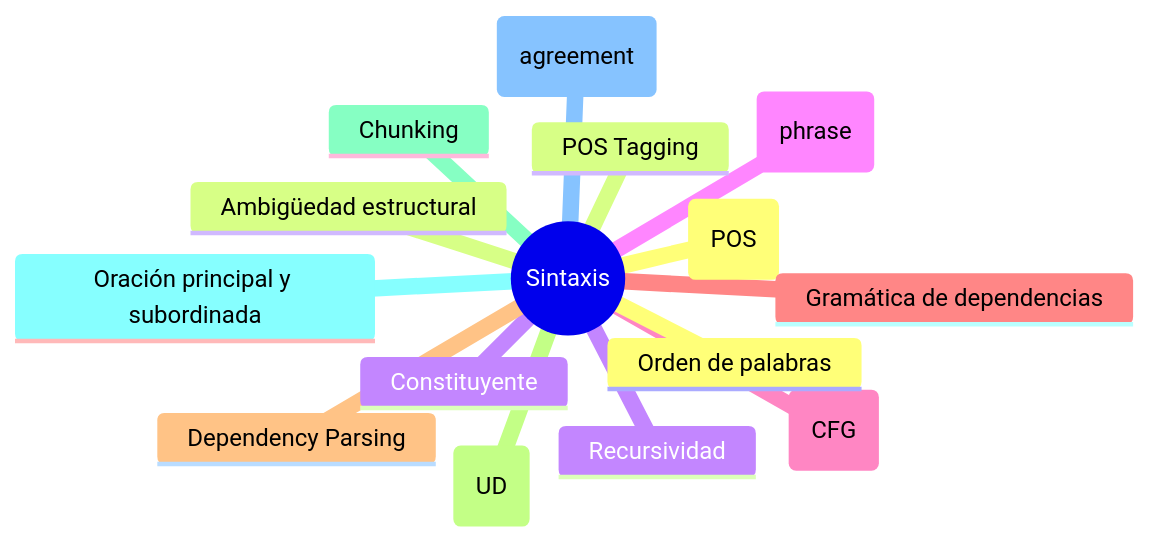
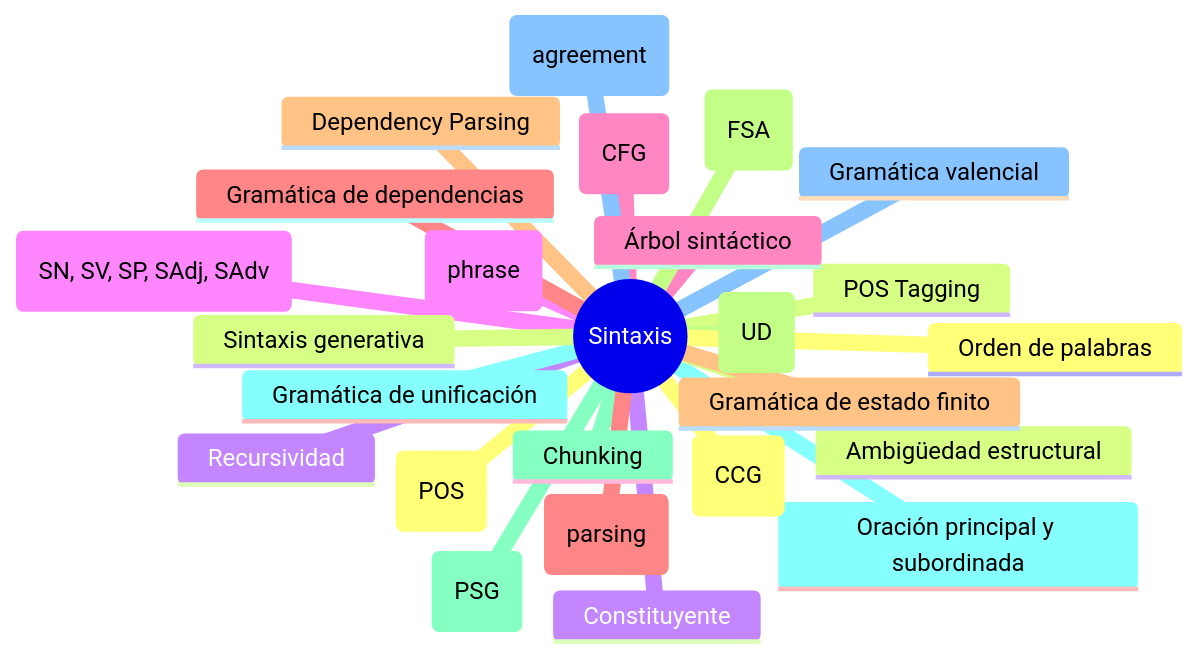
The fifth of 27 diagrams in src/src/data/blog/2026/04/es/glosario-linguistica-nlp.mdx (rgglez/rgglez-website), drawn with Mermaid before and after one commit. The commit also changed other lines of this file and 25 other files, not shown here.

Commit message:
Mermaid improvements

````diff
--- a/src/src/data/blog/2026/04/es/glosario-linguistica-nlp.mdx
+++ b/src/src/data/blog/2026/04/es/glosario-linguistica-nlp.mdx
@@ -487,18 +566,28 @@
 ```mermaid
 mindmap
   root((Sintaxis))
     Categoría gramatical (POS)
     POS Tagging
     Constituyente
     Sintagma (phrase)
     Gramática libre de contexto (CFG)
     Gramática de dependencias
     Dependency Parsing
     Universal Dependencies (UD)
     Chunking
     Oración principal y subordinada
     Concordancia (agreement)
     Orden de palabras
     Ambigüedad estructural
     Recursividad
+    Tipos de sintagmas (SN, SV, SP, SAdj, SAdv)
+    Árbol sintáctico
+    Análisis sintáctico (parsing)
+    Gramática de estado finito
+    Máquina de estado finito (FSA)
+    Gramática de estructura sintagmática (PSG)
+    Gramática de unificación
+    Gramática valencial
+    Gramática con categorías complejas (CCG)
+    Sintaxis generativa
 ```
````
